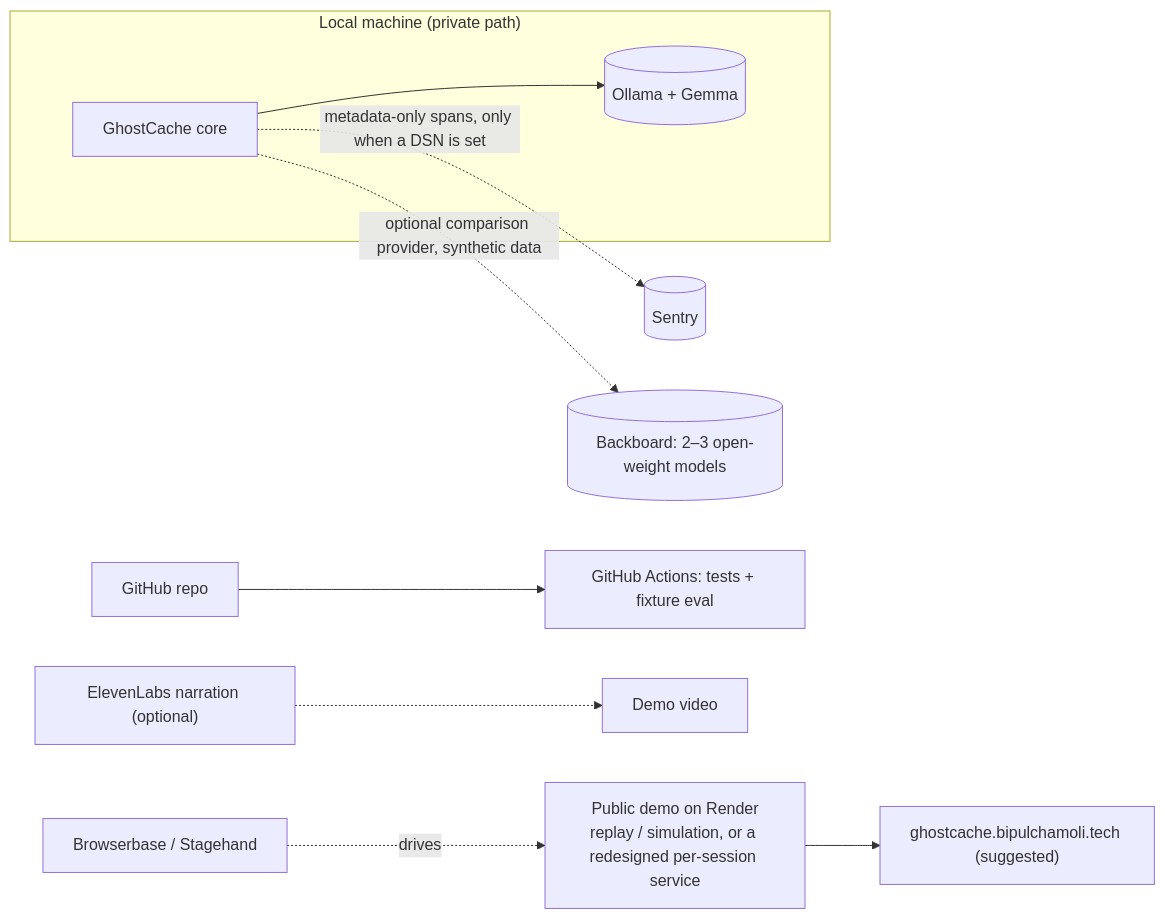
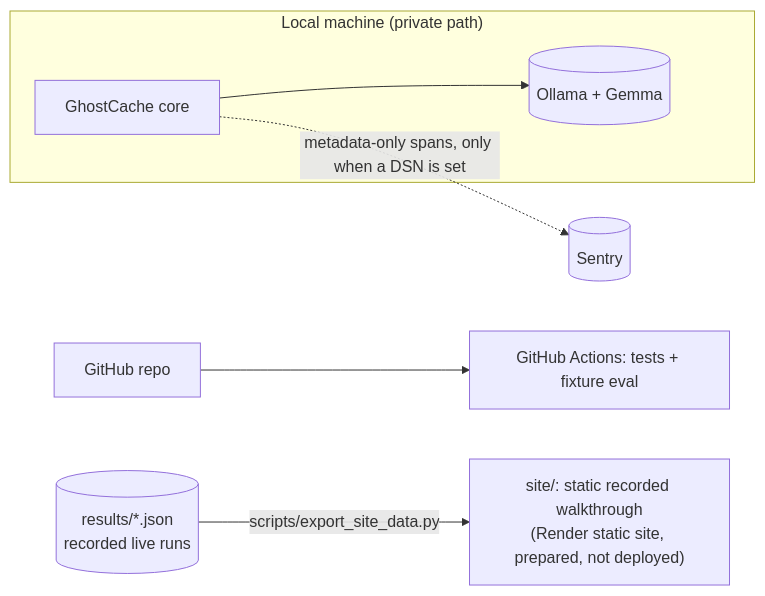
One commit to bipul724/GhostCache changed the fifth of 5 diagrams in architecture.md. Above: the diagram before and after it, drawn with Mermaid. The commit also changed other lines of this file and 7 other files, not shown here.

Commit message:
Document the public walkthrough and the three-category scope

````diff
--- a/architecture.md
+++ b/architecture.md
@@ -395,12 +399,9 @@
 ```mermaid
 flowchart LR
     subgraph Local["Local machine (private path)"]
         App[GhostCache core] --> Ollama[(Ollama + Gemma)]
     end
     App -. metadata-only spans, only when a DSN is set .-> Sentry[(Sentry)]
-    App -. optional comparison provider, synthetic data .-> BB[(Backboard: 2–3 open-weight models)]
     GH[GitHub repo] --> GHA[GitHub Actions: tests + fixture eval]
-    Public["Public demo on Render<br/>replay / simulation, or a redesigned per-session service"] --> DNS["ghostcache.bipulchamoli.tech (suggested)"]
-    Browserbase["Browserbase / Stagehand"] -. drives .-> Public
-    EL["ElevenLabs narration (optional)"] -.-> Video[Demo video]
+    Reports[(results/*.json<br/>recorded live runs)] -- scripts/export_site_data.py --> Site["site/: static recorded walkthrough<br/>(Render static site, prepared, not deployed)"]
 ```
````
